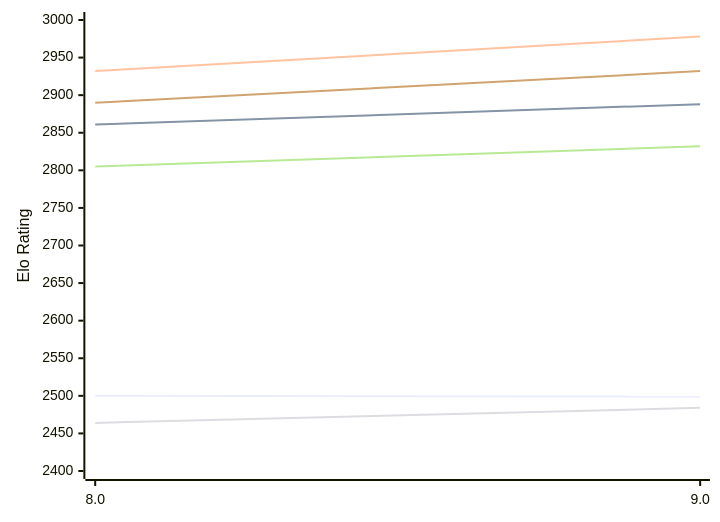
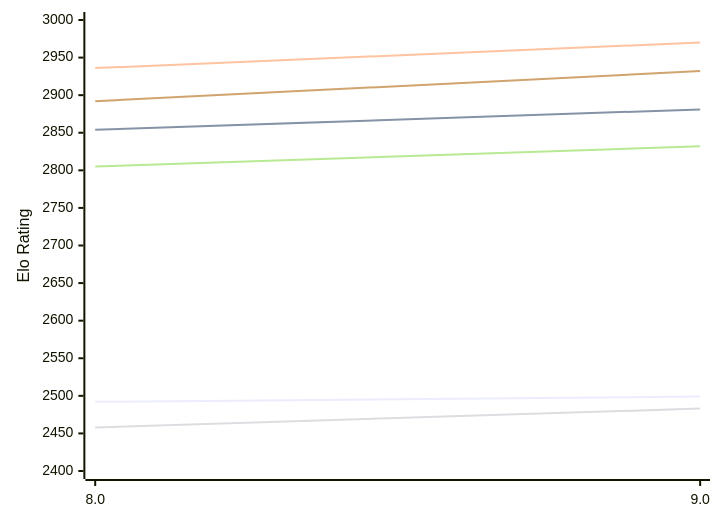
One commit to computer-chess-index/cci changed the first of 2 diagrams in engines/4kc.md. Above: the diagram before and after it, drawn with Mermaid. The commit also changed other lines of this file, not shown here.

Commit message:
Update CCI Ratings (ELO VLTC) - 2026-11-26

````diff
--- a/engines/4kc.md
+++ b/engines/4kc.md
@@ -51,12 +51,12 @@
 ```mermaid
 %%{init: {"theme":"base","themeVariables":{"seriesColors:['#a3a3a3','#222221','#faa371']}}}%%
 xychart-beta
   x-axis ["8.0", "9.0"]
   y-axis "Elo Rating" 2400 --> 3000
-  line "E1: STC (8.0+0.08s)" [2500, 2499]
-  line "E1: LTC (60.0+0.60s)" [2861, 2888]
-  line "E1: VLTC (2m24s+1.12s)" [2932, 2978]
-  line "P1: STC (8.0+0.08s)" [2464, 2484]
+  line "E1: STC (8.0+0.08s)" [2492, 2499]
+  line "E1: LTC (60.0+0.60s)" [2854, 2881]
+  line "E1: VLTC (2m24s+1.12s)" [2936, 2970]
+  line "P1: STC (8.0+0.08s)" [2458, 2483]
   line "P1: LTC (60.0+0.60s)" [2805, 2832]
-  line "P1: VLTC (2m24s+1.12s)" [2890, 2932]
+  line "P1: VLTC (2m24s+1.12s)" [2892, 2932]
 ```
````
